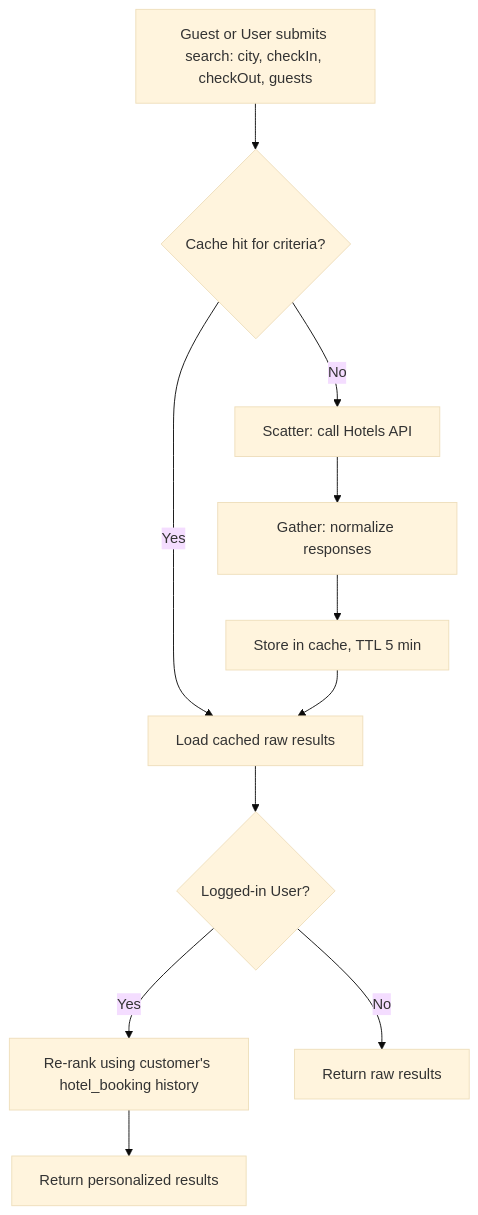
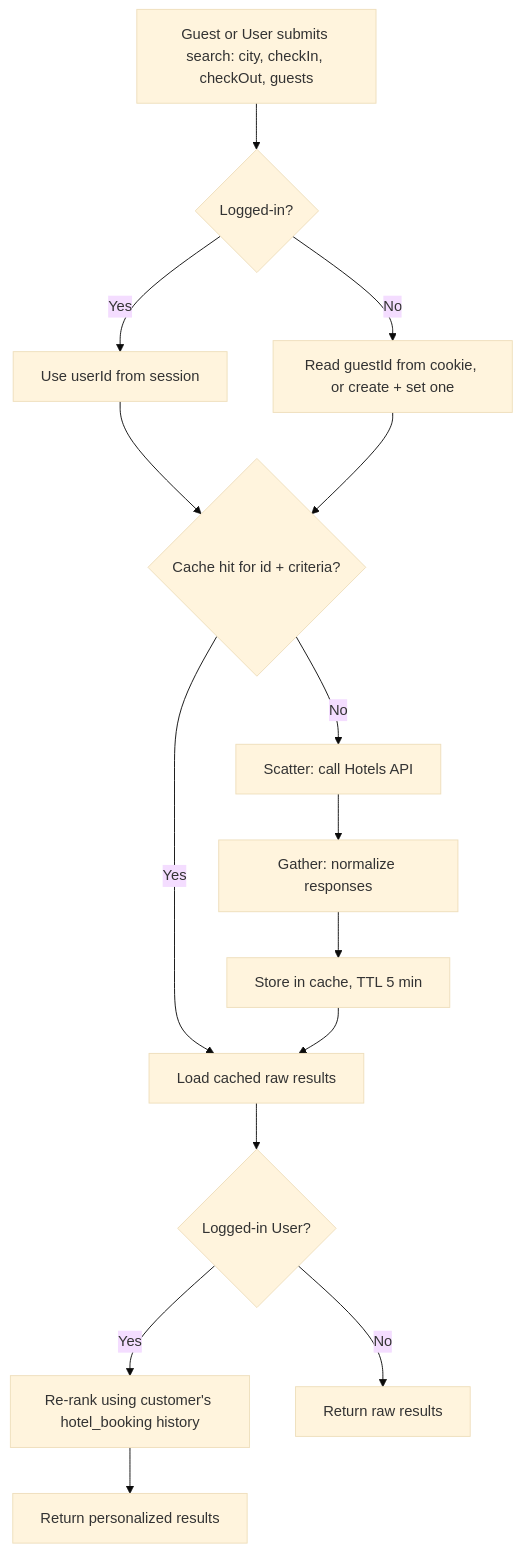
The first of 3 diagrams in diagrams/UC-01-search-hotels.md (Backend-Mentor-ORG/booking), drawn with Mermaid (base theme) before and after one commit. The commit also changed other lines of this file and 5 other files, not shown here.

First line of the commit message:
Sync UC diagrams with the compound cache key and travellers JSONB decisions

````diff
--- a/diagrams/UC-01-search-hotels.md
+++ b/diagrams/UC-01-search-hotels.md
@@ -11,13 +11,17 @@
 ```mermaid
 flowchart TD
-  A[Guest or User submits search: city, checkIn, checkOut, guests] --> B{Cache hit for criteria?}
+  A[Guest or User submits search: city, checkIn, checkOut, guests] --> Z{Logged-in?}
+  Z -- Yes --> Z1[Use userId from session]
+  Z -- No --> Z2[Read guestId from cookie, or create + set one]
+  Z1 --> B{Cache hit for id + criteria?}
+  Z2 --> B
   B -- Yes --> C[Load cached raw results]
   B -- No --> D[Scatter: call Hotels API]
   D --> E[Gather: normalize responses]
   E --> F[Store in cache, TTL 5 min]
   F --> C
   C --> G{Logged-in User?}
   G -- Yes --> H[Re-rank using customer's hotel_booking history]
   G -- No --> I[Return raw results]
   H --> J[Return personalized results]
 ```
````
